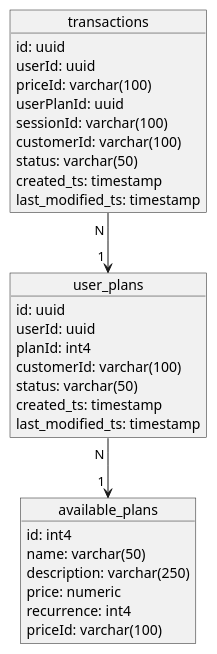
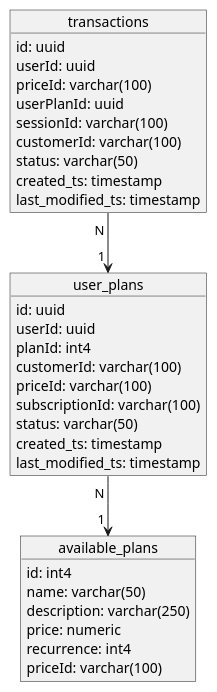
Before and after one commit to talentaz/subscription_manager: the diagram in README.md, drawn with PlantUML. The commit also changed other lines of this file, not shown here.

````diff
--- a/README.md
+++ b/README.md
@@ -17,36 +17,38 @@
 ```plantuml
 object transactions {
   id: uuid
   userId: uuid
   priceId: varchar(100)
   userPlanId: uuid
   sessionId: varchar(100)
   customerId: varchar(100)
   status: varchar(50)
   created_ts: timestamp
   last_modified_ts: timestamp
 }
 
 object user_plans {
   id: uuid
   userId: uuid
   planId: int4
   customerId: varchar(100)
+  priceId: varchar(100)  
+  subscriptionId: varchar(100)
   status: varchar(50)
   created_ts: timestamp
   last_modified_ts: timestamp
 }
 
 object available_plans {
   id: int4
   name: varchar(50)
   description: varchar(250)
   price: numeric
   recurrence: int4
   priceId: varchar(100)
 }
 
 
 transactions "N " --> "1 " user_plans
 user_plans "N " --> "1 " available_plans
 ```
````
